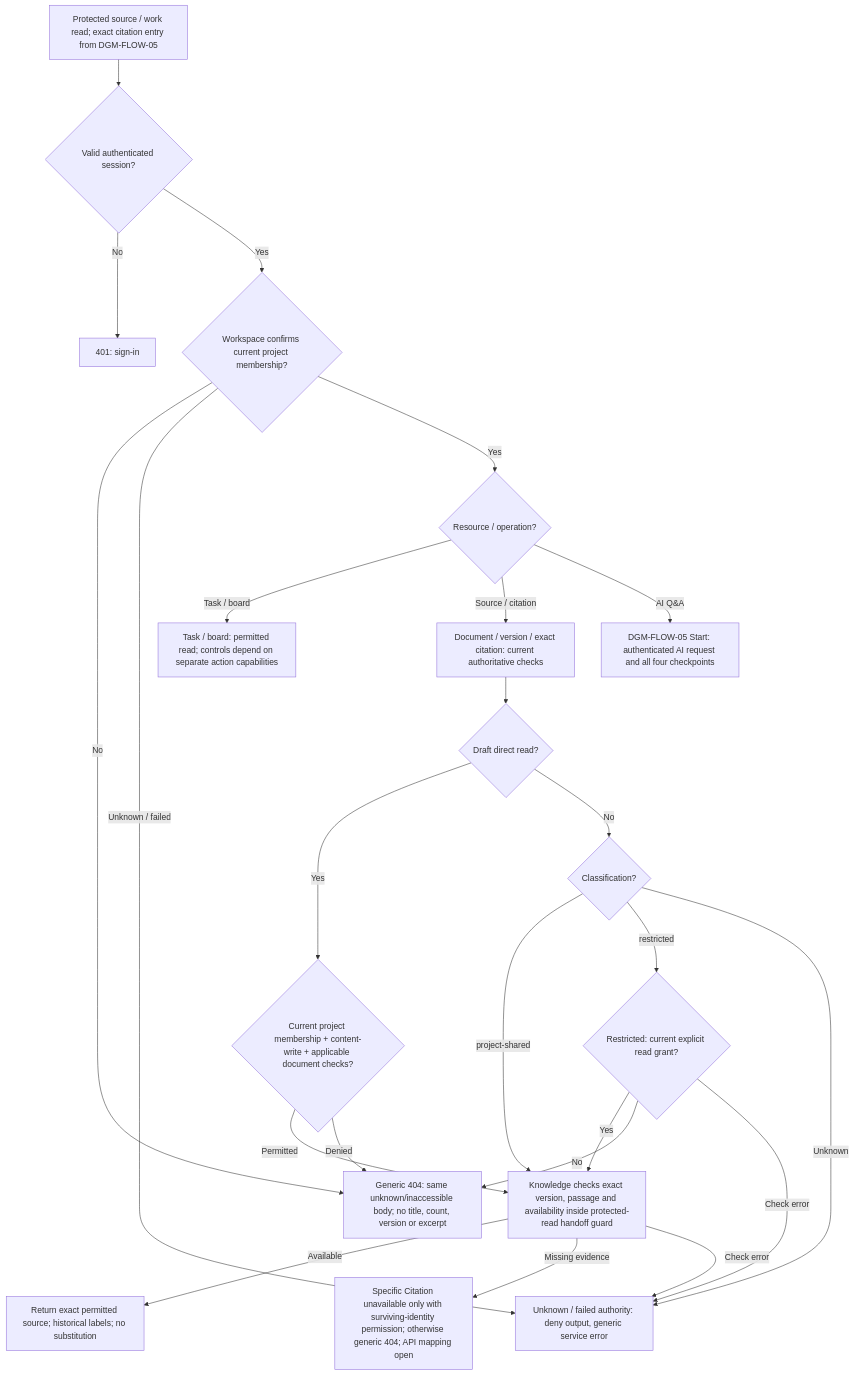
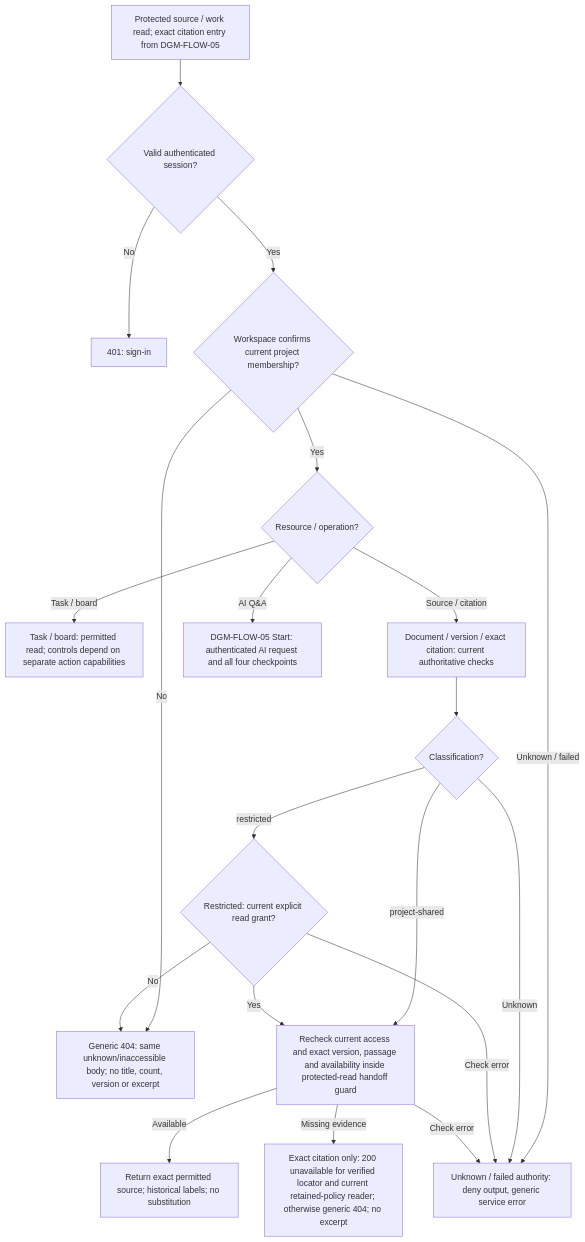
Before and after one commit to 900M100CK/scrum-workspace-KMS-ai: the diagram in docs/sdlc/diagrams/flowchart/permission-read-flow.mmd, drawn with Mermaid. The commit also changed 115 other files, not shown here.

```diff
--- a/docs/sdlc/diagrams/flowchart/permission-read-flow.mmd
+++ b/docs/sdlc/diagrams/flowchart/permission-read-flow.mmd
@@ -1,46 +1,42 @@
-%% DGM-FLOW-04 v0.4 Draft - 12 October 2026
-%% Origin: docs/ux/permission-matrix.md v0.3
-%% Sources: PRD-01 v0.4; UC-02 v0.2; SAD-03 v0.5; Proposed ADR-0001 v0.2 / ADR-0006 v0.1; OpenAPI v0.1.0
+%% DGM-FLOW-04 v0.6 Draft - 14 October 2026
+%% Origin: docs/ux/permission-matrix.md v0.4
+%% Sources: PRD-01 v0.5; UC-02 v0.3; SAD-03 v0.7; ADR-0007/0009/0011/0012/0013/0015/0016/0017; Workspace OpenAPI v0.2.1; Knowledge OpenAPI v0.2.2
 %% Trace: FR-01, FR-03-FR-04, FR-14, FR-19-FR-21, FR-28-FR-29, FR-39, FR-46, FR-55, FR-59, FR-61, FR-68; SC-05, SC-06
 %% Scope: source/work reads; AIFlow enters DGM-FLOW-05 Start. Citation checkpoint 4 returns here; all checks repeat. Policy and runtime evidence remain unapproved.
 flowchart TD
     Start["Protected source / work read; exact citation entry from DGM-FLOW-05"]
     Session{"Valid authenticated session?"}
     Login["401: sign-in"]
     Member{"Workspace confirms current project membership?"}
     NotFound["Generic 404: same unknown/inaccessible body; no title, count, version or excerpt"]
     Authority["Unknown / failed authority: deny output, generic service error"]
     Type{"Resource / operation?"}
     Work["Task / board: permitted read; controls depend on separate action capabilities"]
     Doc["Document / version / exact citation: current authoritative checks"]
-    Draft{"Draft direct read?"}
-    Write{"Current project membership + content-write + applicable document checks?"}
     Classification{"Classification?"}
     Grant{"Restricted: current explicit read grant?"}
-    Allowed["Knowledge checks exact version, passage and availability inside protected-read handoff guard"]
+    Allowed["Recheck current access and exact version, passage and availability inside protected-read handoff guard"]
     View["Return exact permitted source; historical labels; no substitution"]
-    Unavailable["Specific Citation unavailable only with surviving-identity permission; otherwise generic 404; API mapping open"]
+    Unavailable["Exact citation only: 200 unavailable for verified locator and current retained-policy reader; otherwise generic 404; no excerpt"]
     AIFlow["DGM-FLOW-05 Start: authenticated AI request and all four checkpoints"]
     Start --> Session
     Session -->|No| Login
     Session -->|Yes| Member
     Member -->|No| NotFound
     Member -->|Unknown / failed| Authority
     Member -->|Yes| Type
     Type -->|Task / board| Work
     Type -->|Source / citation| Doc
-    Doc --> Draft
-    Draft -->|Yes| Write
-    Write -->|Permitted| Allowed
-    Write -->|Denied| NotFound
-    Draft -->|No| Classification
+    Doc --> Classification
     Classification -->|project-shared| Allowed
     Classification -->|restricted| Grant
     Classification -->|Unknown| Authority
     Grant -->|Yes| Allowed
     Grant -->|No| NotFound
     Grant -->|Check error| Authority
     Allowed -->|Available| View
     Allowed -->|Missing evidence| Unavailable
     Allowed -->|Check error| Authority
     Type -->|AI Q&A| AIFlow
+
+%% Amendment: owner-confirmed partial answers, unavailable identity and membership rules; rendered review pending.
```
